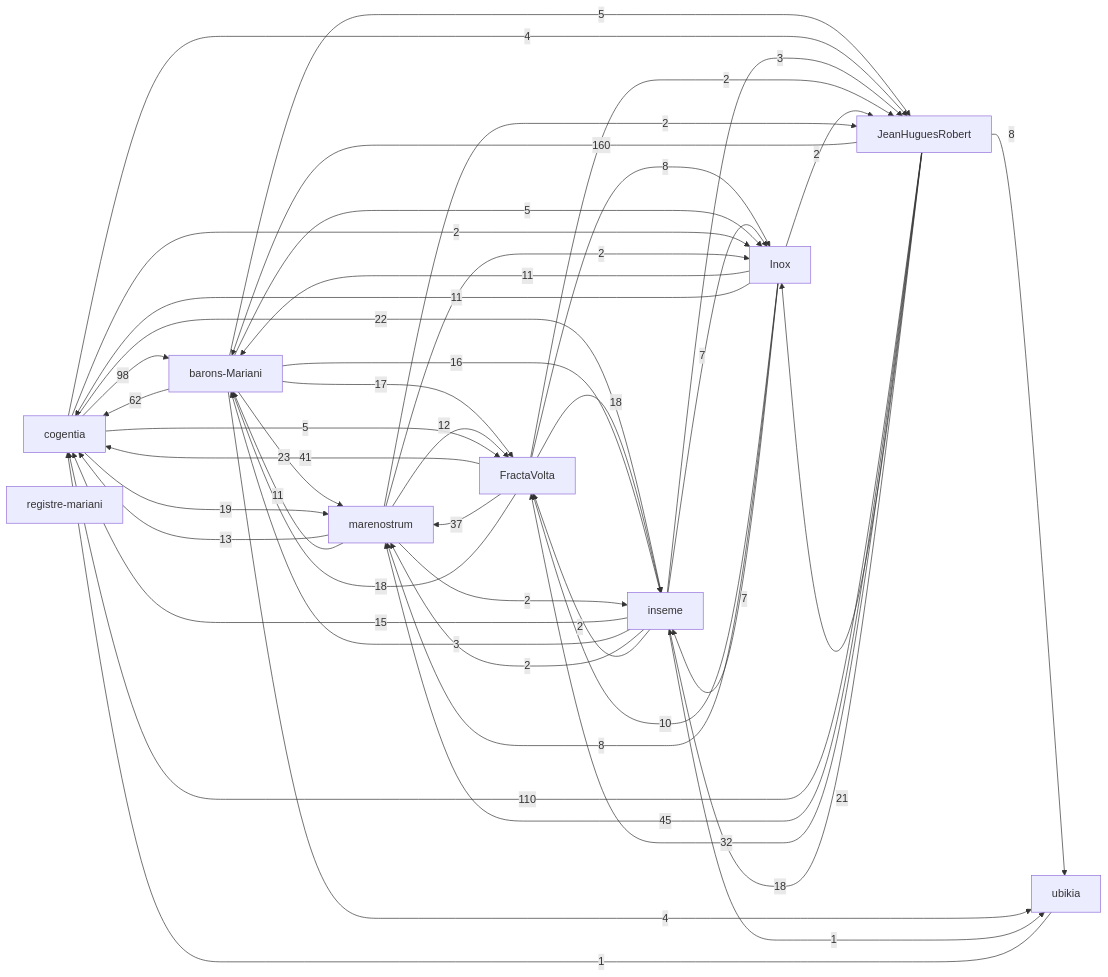
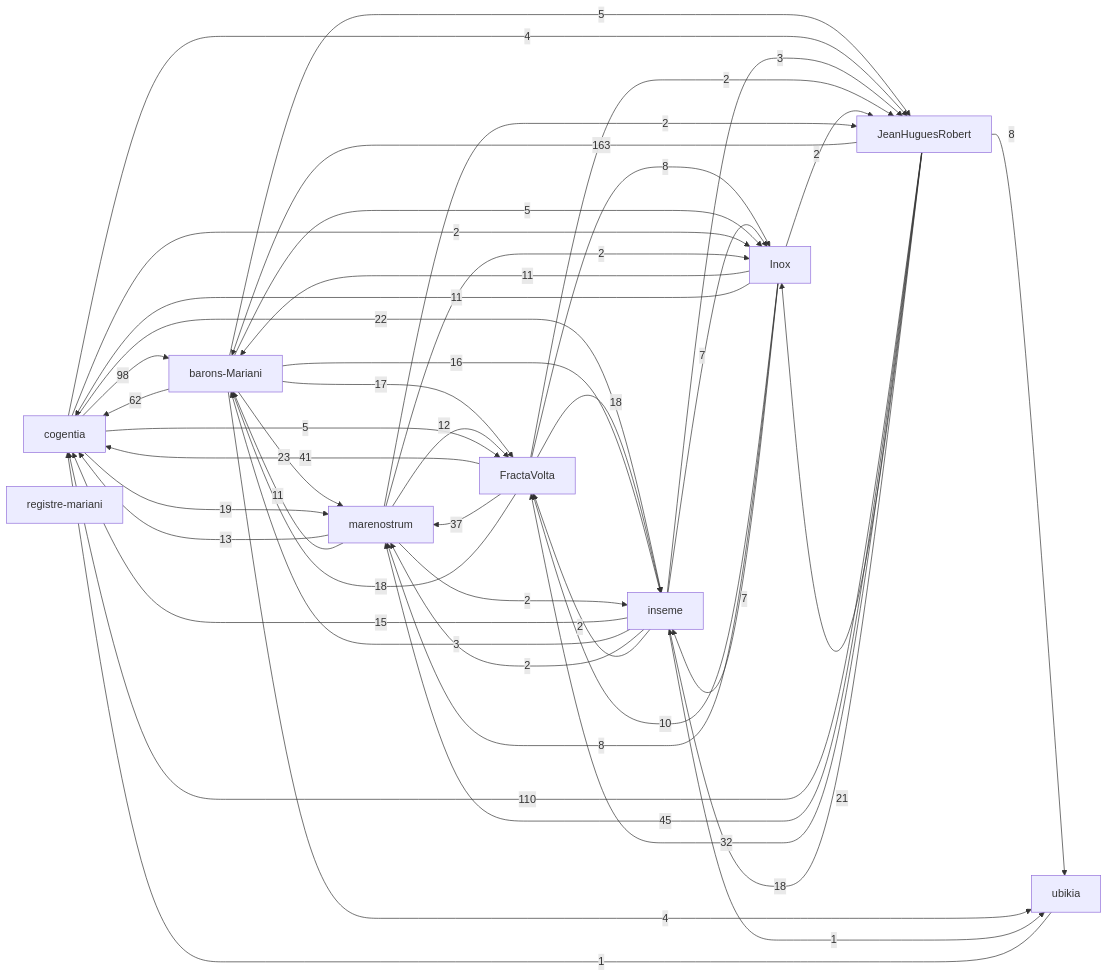
The first of 2 diagrams in research/corpus-status.md (JeanHuguesRobert/FractaVolta), drawn with Mermaid before and after one commit.

Commit message:
Refresh corpus status

````diff
--- a/research/corpus-status.md
+++ b/research/corpus-status.md
@@ -45,58 +45,58 @@
 ```mermaid
 graph LR
   r_cogentia["cogentia"]
   r_fractavolta["FractaVolta"]
   r_marenostrum["marenostrum"]
   r_barons_mariani["barons-Mariani"]
   r_inseme["inseme"]
   r_inox["Inox"]
   r_registre_mariani["registre-mariani"]
   r_ubikia["ubikia"]
   r_jeanhuguesrobert["JeanHuguesRobert"]
-  r_jeanhuguesrobert -->|160| r_barons_mariani
+  r_jeanhuguesrobert -->|163| r_barons_mariani
   r_jeanhuguesrobert -->|110| r_cogentia
   r_cogentia -->|98| r_barons_mariani
   r_barons_mariani -->|62| r_cogentia
   r_jeanhuguesrobert -->|45| r_marenostrum
   r_fractavolta -->|41| r_cogentia
   r_fractavolta -->|37| r_marenostrum
   r_jeanhuguesrobert -->|32| r_fractavolta
   r_barons_mariani -->|23| r_marenostrum
   r_cogentia -->|22| r_inseme
   r_jeanhuguesrobert -->|21| r_inox
   r_cogentia -->|19| r_marenostrum
   r_fractavolta -->|18| r_inseme
   r_fractavolta -->|18| r_barons_mariani
   r_jeanhuguesrobert -->|18| r_inseme
   r_barons_mariani -->|17| r_fractavolta
   r_barons_mariani -->|16| r_inseme
   r_inseme -->|15| r_cogentia
   r_marenostrum -->|13| r_cogentia
   r_marenostrum -->|12| r_fractavolta
   r_inox -->|11| r_barons_mariani
   r_inox -->|11| r_cogentia
   r_marenostrum -->|11| r_barons_mariani
   r_inox -->|10| r_fractavolta
   r_fractavolta -->|8| r_inox
   r_inox -->|8| r_marenostrum
   r_jeanhuguesrobert -->|8| r_ubikia
   r_inox -->|7| r_inseme
   r_inseme -->|7| r_inox
   r_barons_mariani -->|5| r_inox
   r_barons_mariani -->|5| r_jeanhuguesrobert
   r_cogentia -->|5| r_fractavolta
   r_barons_mariani -->|4| r_ubikia
   r_cogentia -->|4| r_jeanhuguesrobert
   r_inseme -->|3| r_barons_mariani
   r_inseme -->|3| r_jeanhuguesrobert
   r_cogentia -->|2| r_inox
   r_fractavolta -->|2| r_jeanhuguesrobert
   r_inox -->|2| r_jeanhuguesrobert
   r_inseme -->|2| r_marenostrum
   r_inseme -->|2| r_fractavolta
   r_marenostrum -->|2| r_jeanhuguesrobert
   r_marenostrum -->|2| r_inseme
   r_marenostrum -->|2| r_inox
   r_inseme -->|1| r_ubikia
   r_ubikia -->|1| r_cogentia
 ```
````
